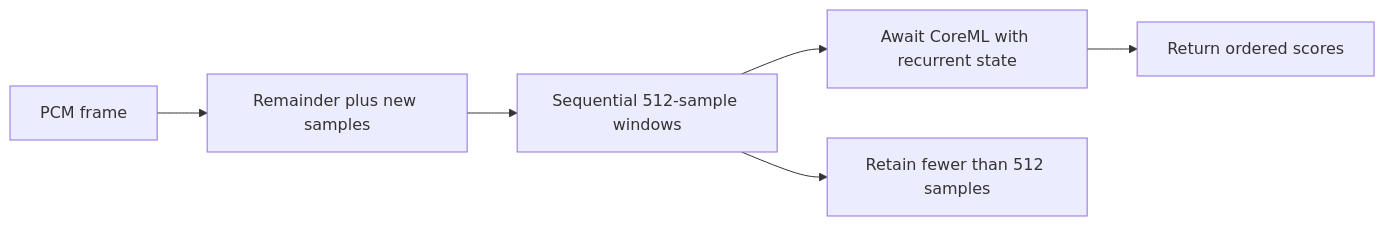
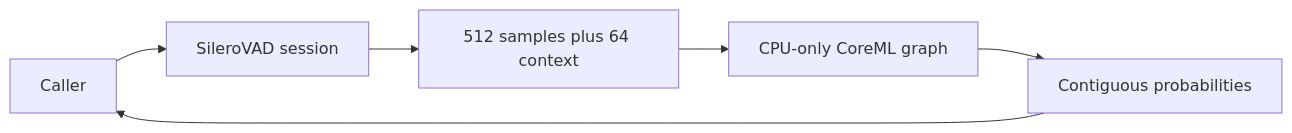
Before and after one commit to devilyouwei/MobileHarness: the diagram in MobileHarness/ModelKit/Speech/VAD/Silero/README.md, drawn with Mermaid. The commit also changed other lines of this file and 116 other files, not shown here.

````diff
--- a/MobileHarness/ModelKit/Speech/VAD/Silero/README.md
+++ b/MobileHarness/ModelKit/Speech/VAD/Silero/README.md
@@ -18,8 +15,8 @@
 ```mermaid
 flowchart LR
-    Frame[PCM frame] --> Pending[Remainder plus new samples]
-    Pending --> Windows[Sequential 512-sample windows]
-    Windows --> Graph[Await CoreML with recurrent state]
-    Graph --> Scores[Return ordered scores]
-    Windows --> Tail[Retain fewer than 512 samples]
+ Caller --> Session[SileroVAD session]
+ Session --> Windows[512 samples plus 64 context]
+ Windows --> Graph[CPU-only CoreML graph]
+ Graph --> Scores[Contiguous probabilities]
+ Scores --> Caller
 ```
````
